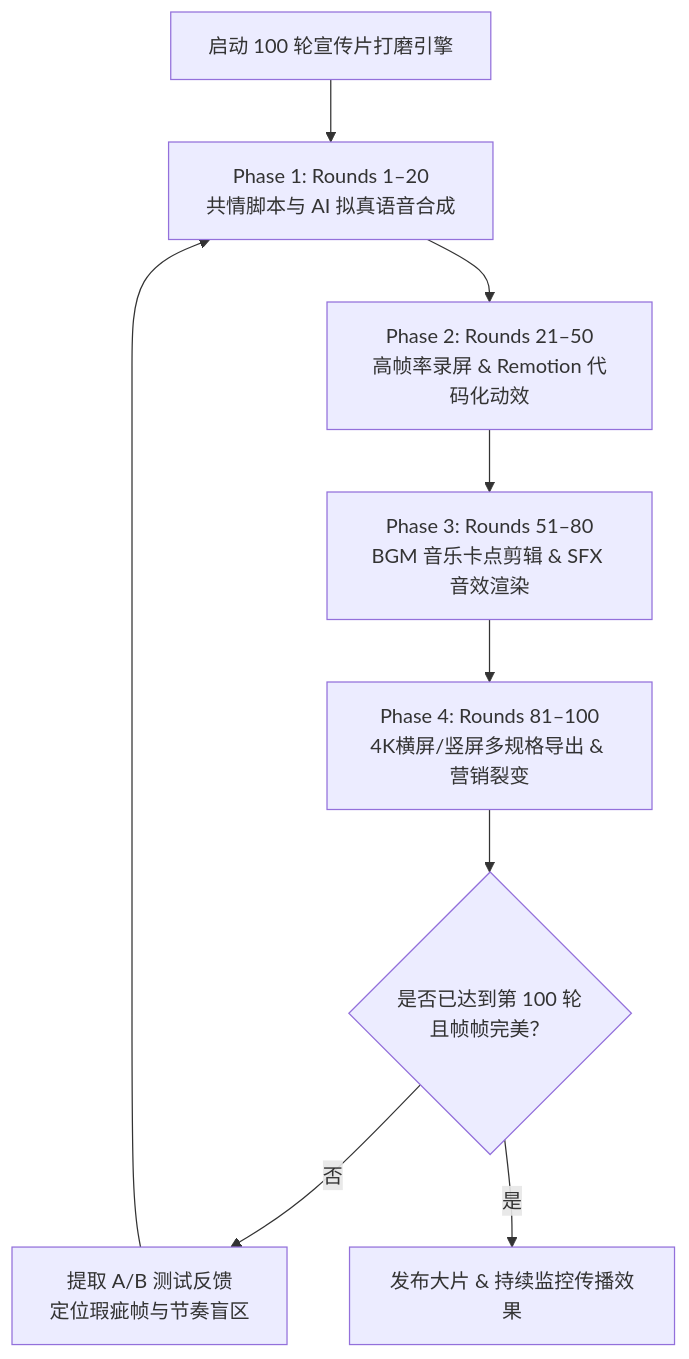
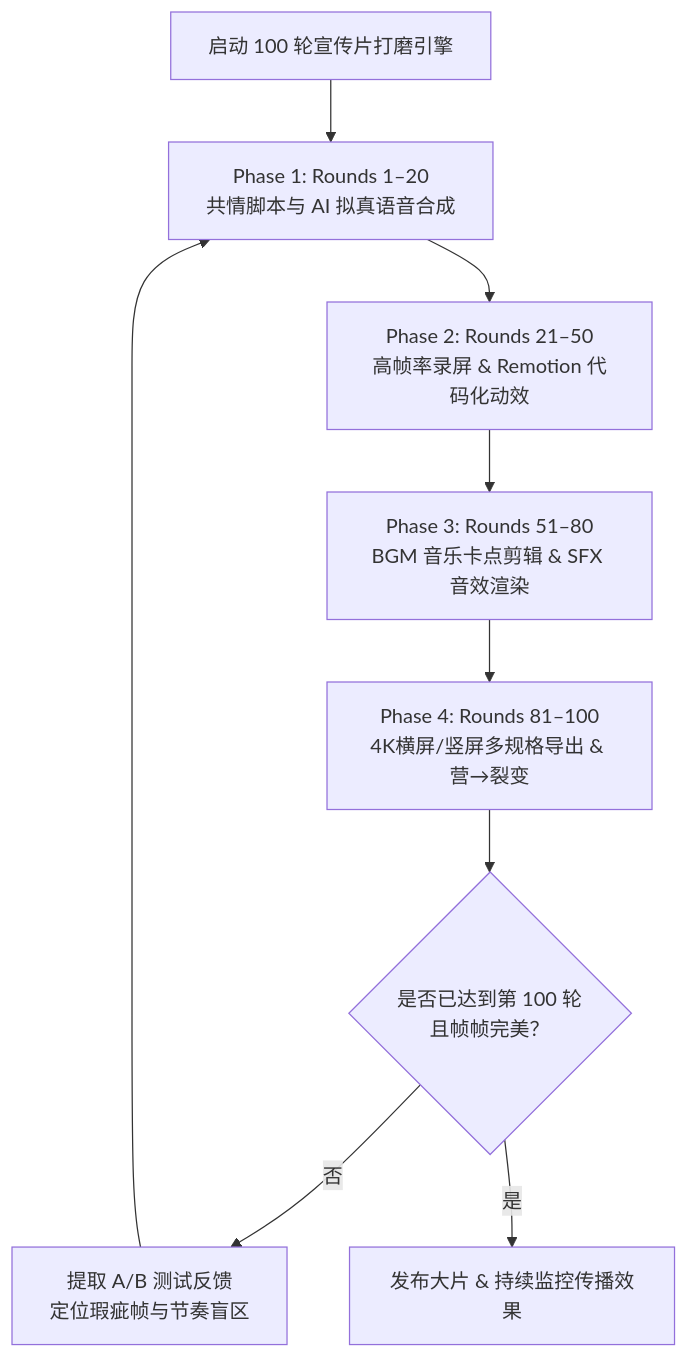
Before and after one commit to SSC-STUDIO/LenovoLegionToolkit: the diagram in Plugins/veser_promotional_video_100rounds_prompt.md, drawn with Mermaid. The commit also changed 3 other files, not shown here.

````diff
--- a/Plugins/veser_promotional_video_100rounds_prompt.md
+++ b/Plugins/veser_promotional_video_100rounds_prompt.md
@@ -36,11 +36,11 @@
 ```mermaid
 flowchart TD
     Start[启动 100 轮宣传片打磨引擎] --> P1[Phase 1: Rounds 1–20<br>共情脚本与 AI 拟真语音合成]
     P1 --> P2[Phase 2: Rounds 21–50<br>高帧率录屏 & Remotion 代码化动效]
     P2 --> P3[Phase 3: Rounds 51–80<br>BGM 音乐卡点剪辑 & SFX 音效渲染]
-    P3 --> P4[Phase 4: Rounds 81–100<br>4K横屏/竖屏多规格导出 & 营销裂变]
+    P3 --> P4[Phase 4: Rounds 81–100<br>4K横屏/竖屏多规格导出 & 营→裂变]
     
     P4 --> Check100{是否已达到第 100 轮<br>且帧帧完美？}
     Check100 -->|否| Refine[提取 A/B 测试反馈<br>定位瑕疵帧与节奏盲区] --> P1
     Check100 -->|是| Perfect[发布大片 & 持续监控传播效果]
 ```
````
